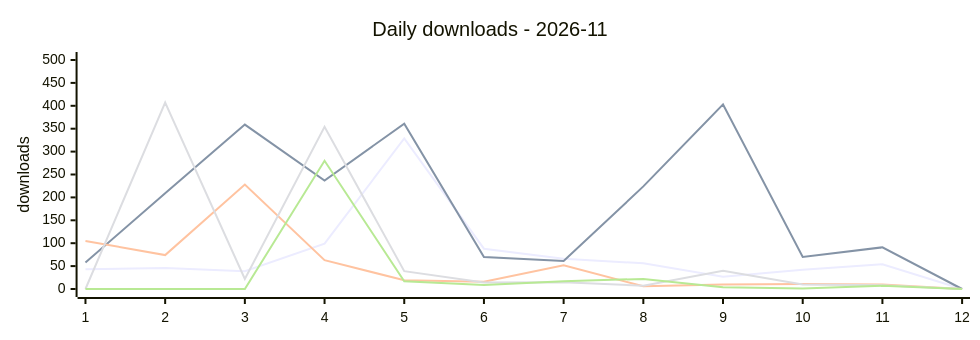
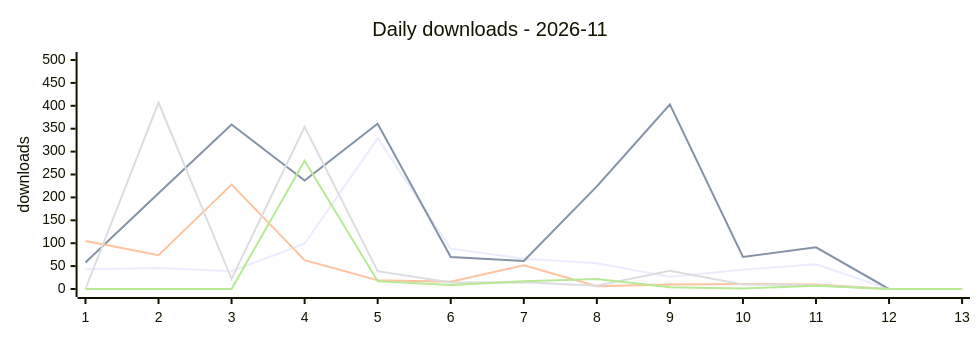
The first of 2 diagrams in DASHBOARD.md (terry2010/npm-downloads-tracker), drawn with Mermaid before and after one commit. The commit also changed other lines of this file and 1 other file, not shown here.

````diff
--- a/DASHBOARD.md
+++ b/DASHBOARD.md
@@ -25,12 +25,12 @@
 ```mermaid
 %%{init: {'xyChart': {'width': 960, 'height': 320}}}%%
 xychart-beta
     title "Daily downloads - 2026-11"
-    x-axis ["1", "2", "3", "4", "5", "6", "7", "8", "9", "10", "11", "12"]
+    x-axis ["1", "2", "3", "4", "5", "6", "7", "8", "9", "10", "11", "12", "13"]
     y-axis "downloads" 0 --> 500
-    line "dsh-loop-recover" [43, 46, 39, 99, 329, 88, 66, 56, 27, 42, 54, 0]
-    line "dsh-rss-news-daily" [58, 209, 359, 237, 361, 70, 61, 224, 403, 70, 91, 0]
-    line "opencode-loop-recover" [105, 74, 228, 63, 19, 16, 52, 6, 10, 11, 10, 0]
-    line "oc-market-quail-zephyr-72a0" [0, 407, 22, 354, 39, 14, 15, 7, 40, 10, 8, 0]
-    line "awesome-opencode-market" [0, 0, 0, 280, 17, 9, 17, 22, 4, 1, 7, 0]
+    line "dsh-loop-recover" [43, 46, 39, 99, 329, 88, 66, 56, 27, 42, 54, 0, 0]
+    line "dsh-rss-news-daily" [58, 209, 359, 237, 361, 70, 61, 224, 403, 70, 91, 0, 0]
+    line "opencode-loop-recover" [105, 74, 228, 63, 19, 16, 52, 6, 10, 11, 10, 0, 0]
+    line "oc-market-quail-zephyr-72a0" [0, 407, 22, 354, 39, 14, 15, 7, 40, 10, 8, 0, 0]
+    line "awesome-opencode-market" [0, 0, 0, 280, 17, 9, 17, 22, 4, 1, 7, 0, 0]
 ```
````
